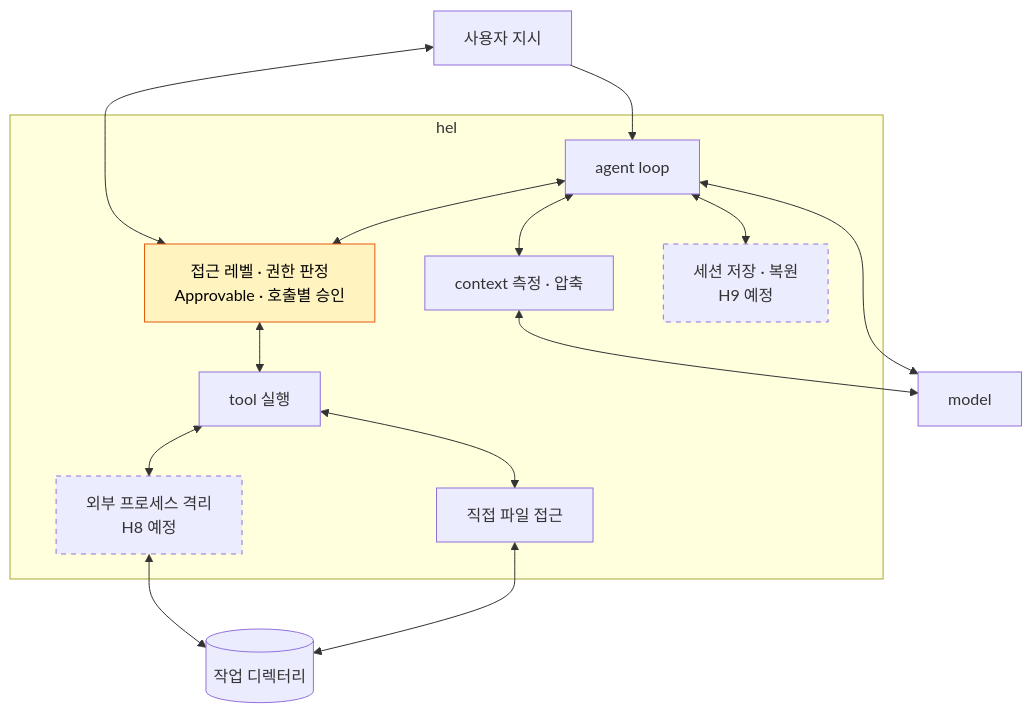
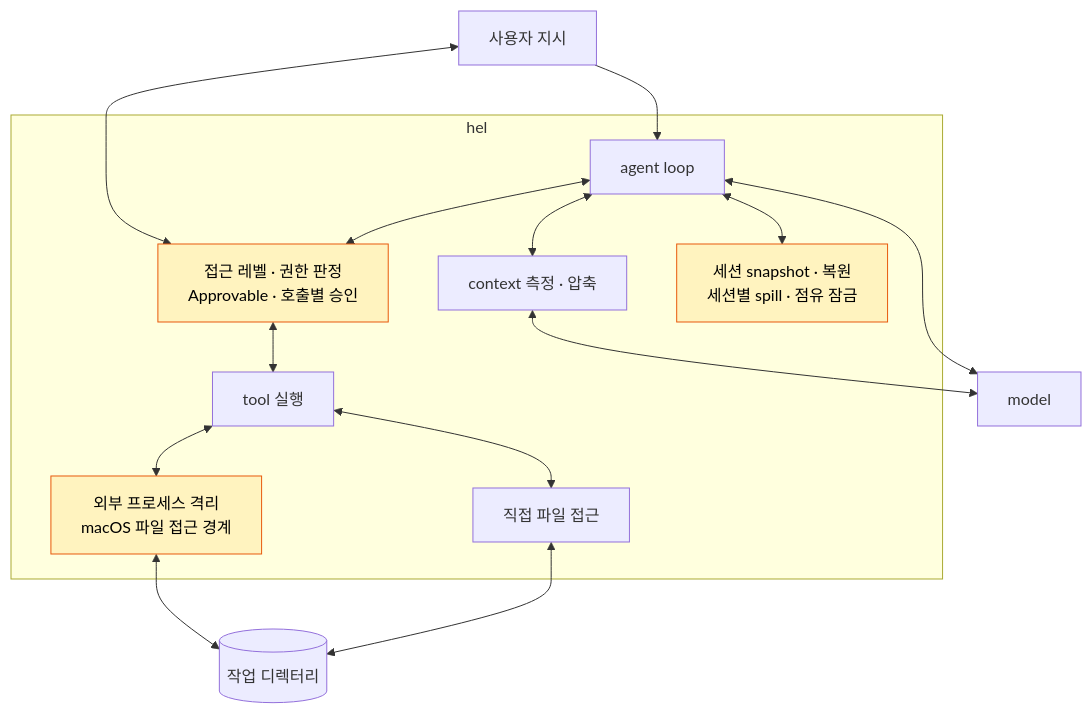
The second of 2 diagrams in guide/src/parts/part4-safety-runtime.md (jammer-droid/HEL), drawn with Mermaid before and after one commit. The commit also changed other lines of this file and 31 other files, not shown here.

````diff
--- a/guide/src/parts/part4-safety-runtime.md
+++ b/guide/src/parts/part4-safety-runtime.md
@@ -63,26 +63,25 @@
 ```mermaid
 flowchart TB
     U[사용자 지시] --> L
     subgraph H[hel]
         L[agent loop]
         C[context 측정 · 압축]
         P[접근 레벨 · 권한 판정<br/>Approvable · 호출별 승인]:::new
         T[tool 실행]
         F[직접 파일 접근]
-        I[외부 프로세스 격리<br/>H8 예정]:::planned
-        R[세션 저장 · 복원<br/>H9 예정]:::planned
+        I[외부 프로세스 격리<br/>macOS 파일 접근 경계]:::new
+        R[세션 snapshot · 복원<br/>세션별 spill · 점유 잠금]:::new
     end
     L <--> M[model]
     L <--> C
     C <--> M
     L <--> P
     U <--> P
     P <--> T
     T <--> F
     F <--> W[(작업 디렉터리)]
     T <--> I
     I <--> W
     L <--> R
     classDef new fill:#fff3bf,stroke:#e8590c,color:#000
-    classDef planned stroke-dasharray: 5 5
 ```
````
